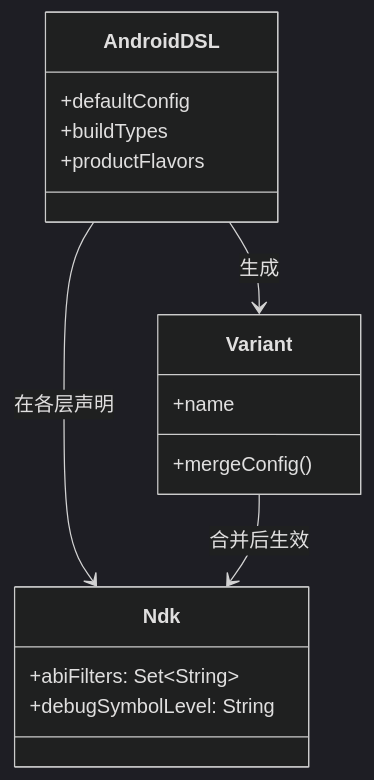
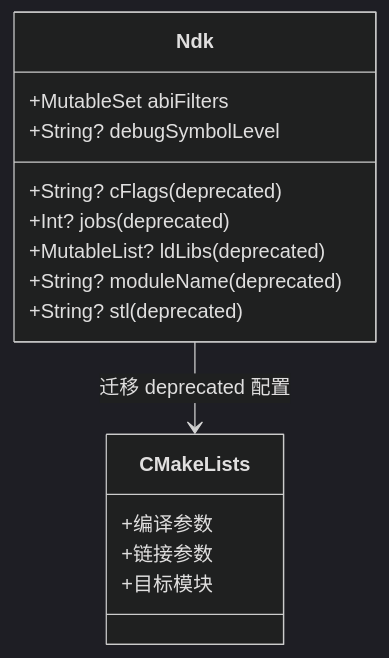
One commit to Carrie-L/carrie-l.github.io changed the third of 3 diagrams in AndroidDeveloperGuideStory/Contents/vol21/21.1.170 NDK.md. Above: the diagram before and after it, drawn with Mermaid (dark theme). The commit also changed other lines of this file, not shown here.

Commit message:
feat(chapter-21.1.170): complete NDK DSL chapter with migration and ABI strategy

````diff
--- a/AndroidDeveloperGuideStory/Contents/vol21/21.1.170 NDK.md
+++ b/AndroidDeveloperGuideStory/Contents/vol21/21.1.170 NDK.md
@@ -418,19 +550,20 @@
 ```mermaid
 classDiagram
-    class AndroidDSL {
-      +defaultConfig
-      +buildTypes
-      +productFlavors
+    class Ndk {
+      +MutableSet<String> abiFilters
+      +String? cFlags (deprecated)
+      +String? debugSymbolLevel
+      +Int? jobs (deprecated)
+      +MutableList<String>? ldLibs (deprecated)
+      +String? moduleName (deprecated)
+      +String? stl (deprecated)
     }
-    class Ndk {
-      +abiFilters: Set~String~
-      +debugSymbolLevel: String
+
+    class CMakeLists {
+      +编译参数
+      +链接参数
+      +目标模块
     }
-    class Variant {
-      +name
-      +mergeConfig()
-    }
-    AndroidDSL --> Ndk : 在各层声明
-    AndroidDSL --> Variant : 生成
-    Variant --> Ndk : 合并后生效
+
+    Ndk --> CMakeLists : 迁移 deprecated 配置
 ```
````
